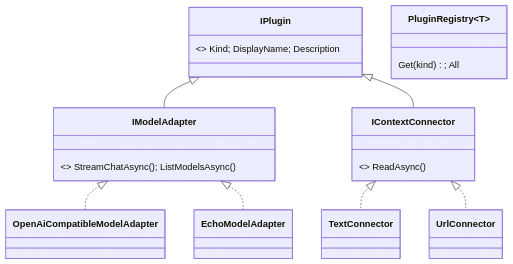
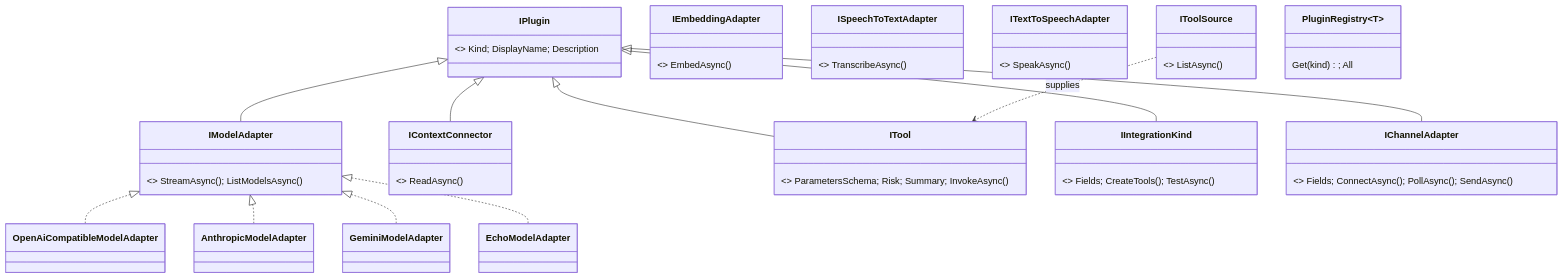
Before and after one commit to stijntersteege/orbs: the third of 3 diagrams in docs/architecture/05-building-block-view.md, drawn with Mermaid. The commit also changed other lines of this file and 25 other files, not shown here.

````diff
--- a/docs/architecture/05-building-block-view.md
+++ b/docs/architecture/05-building-block-view.md
@@ -65,13 +76,24 @@
 ```mermaid
 classDiagram
   class IPlugin { <<interface>> Kind; DisplayName; Description }
-  class IModelAdapter { <<interface>> StreamChatAsync(); ListModelsAsync() }
+  class IModelAdapter { <<interface>> StreamAsync(); ListModelsAsync() }
+  class IEmbeddingAdapter { <<interface>> EmbedAsync() }
+  class ISpeechToTextAdapter { <<interface>> TranscribeAsync() }
+  class ITextToSpeechAdapter { <<interface>> SpeakAsync() }
   class IContextConnector { <<interface>> ReadAsync() }
+  class ITool { <<interface>> ParametersSchema; Risk; Summary; InvokeAsync() }
+  class IToolSource { <<interface>> ListAsync() }
+  class IIntegrationKind { <<interface>> Fields; CreateTools(); TestAsync() }
+  class IChannelAdapter { <<interface>> Fields; ConnectAsync(); PollAsync(); SendAsync() }
   IPlugin <|-- IModelAdapter
   IPlugin <|-- IContextConnector
+  IPlugin <|-- ITool
+  IPlugin <|-- IIntegrationKind
+  IPlugin <|-- IChannelAdapter
   IModelAdapter <|.. OpenAiCompatibleModelAdapter
+  IModelAdapter <|.. AnthropicModelAdapter
+  IModelAdapter <|.. GeminiModelAdapter
   IModelAdapter <|.. EchoModelAdapter
-  IContextConnector <|.. TextConnector
-  IContextConnector <|.. UrlConnector
+  IToolSource ..> ITool : supplies
   class PluginRegistry~T~ { Get(kind); All }
 ```
````
